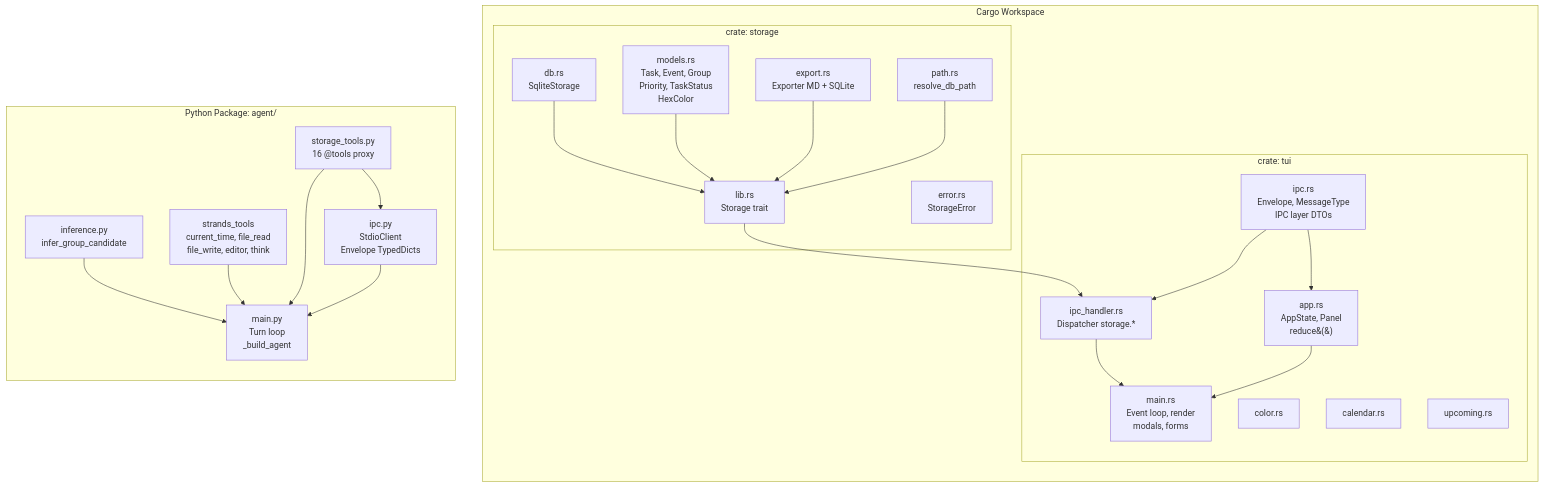
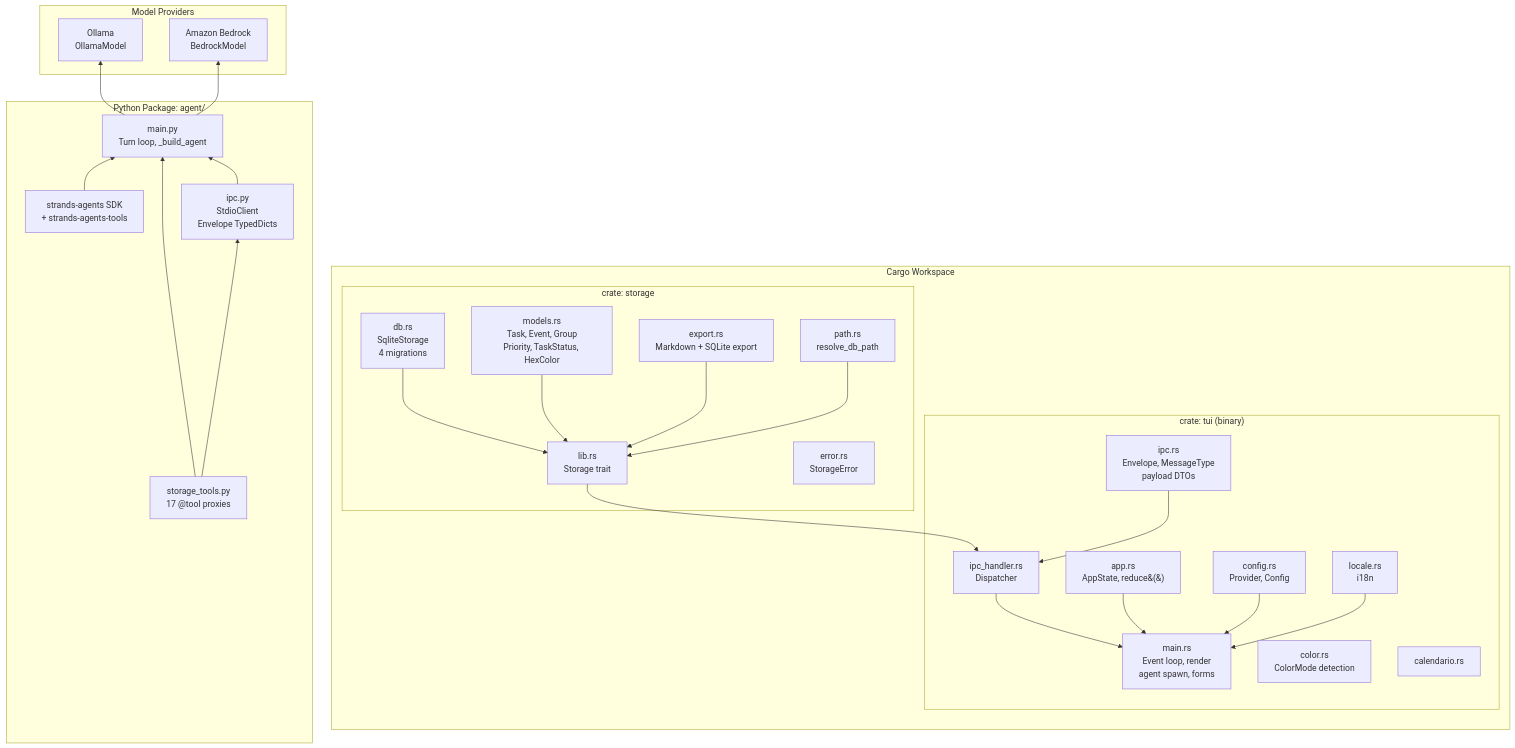
One commit to ramtoearth/jinx changed the sixth of 6 diagrams in docs/architecture.md. Above: the diagram before and after it, drawn with Mermaid. The commit also changed other lines of this file, not shown here.

Commit message:
docs: rewrite architecture.md with current system design (#30)

````diff
--- a/docs/architecture.md
+++ b/docs/architecture.md
@@ -266,48 +315,56 @@
 ```mermaid
 graph BT
     subgraph workspace["Cargo Workspace"]
         subgraph storage_crate["crate: storage"]
-            MODELS[models.rs\nTask, Event, Group\nPriority, TaskStatus\nHexColor]
-            DB[db.rs\nSqliteStorage]
-            EXPORT[export.rs\nExporter MD + SQLite]
-            ERROR[error.rs\nStorageError]
-            PATH[path.rs\nresolve_db_path]
-            LIB_S[lib.rs\nStorage trait]
+            MODELS[models.rs<br/>Task, Event, Group<br/>Priority, TaskStatus, HexColor]
+            DB[db.rs<br/>SqliteStorage<br/>4 migrations]
+            EXPORT[export.rs<br/>Markdown + SQLite export]
+            ERROR[error.rs<br/>StorageError]
+            PATH[path.rs<br/>resolve_db_path]
+            LIB_S[lib.rs<br/>Storage trait]
         end
 
-        subgraph tui_crate["crate: tui"]
-            IPC_RS[ipc.rs\nEnvelope, MessageType\nIPC layer DTOs]
-            IPC_HAND[ipc_handler.rs\nDispatcher storage.*]
-            APP_RS[app.rs\nAppState, Panel\nreduce&#40;&#41;]
-            MAIN_RS[main.rs\nEvent loop, render\nmodals, forms]
-            COLOR_RS[color.rs]
-            CAL_RS[calendar.rs]
-            PROX_RS[upcoming.rs]
+        subgraph tui_crate["crate: tui (binary)"]
+            MAIN_RS[main.rs<br/>Event loop, render<br/>agent spawn, forms]
+            APP_RS[app.rs<br/>AppState, reduce&#40;&#41;]
+            IPC_RS[ipc.rs<br/>Envelope, MessageType<br/>payload DTOs]
+            IPC_HAND[ipc_handler.rs<br/>Dispatcher]
+            CONFIG_RS[config.rs<br/>Provider, Config]
+            COLOR_RS[color.rs<br/>ColorMode detection]
+            CAL_RS[calendario.rs]
+            LOCALE_RS[locale.rs<br/>i18n]
         end
     end
 
     subgraph py_pkg["Python Package: agent/"]
-        IPC_PY[ipc.py\nStdioClient\nEnvelope TypedDicts]
-        STOR_T[storage_tools.py\n16 @tools proxy]
-        INFER_PY[inference.py\ninfer_group_candidate]
-        MAIN_PY[main.py\nTurn loop\n_build_agent]
-        STRANDS_T[strands_tools\ncurrent_time, file_read\nfile_write, editor, think]
+        IPC_PY[ipc.py<br/>StdioClient<br/>Envelope TypedDicts]
+        STOR_T[storage_tools.py<br/>17 @tool proxies]
+        MAIN_PY[main.py<br/>Turn loop, _build_agent]
+        STRANDS[strands-agents SDK<br/>+ strands-agents-tools]
+    end
+
+    subgraph providers_layer["Model Providers"]
+        OLLAMA_P[Ollama<br/>OllamaModel]
+        BEDROCK_P[Amazon Bedrock<br/>BedrockModel]
     end
 
     DB --> LIB_S
     MODELS --> LIB_S
     EXPORT --> LIB_S
     PATH --> LIB_S
 
     LIB_S --> IPC_HAND
     IPC_RS --> IPC_HAND
-    IPC_RS --> APP_RS
     IPC_HAND --> MAIN_RS
     APP_RS --> MAIN_RS
+    CONFIG_RS --> MAIN_RS
+    LOCALE_RS --> MAIN_RS
 
     STOR_T --> IPC_PY
-    INFER_PY --> MAIN_PY
-    STRANDS_T --> MAIN_PY
+    STRANDS --> MAIN_PY
     STOR_T --> MAIN_PY
     IPC_PY --> MAIN_PY
+
+    MAIN_PY --> OLLAMA_P
+    MAIN_PY --> BEDROCK_P
 ```
````
